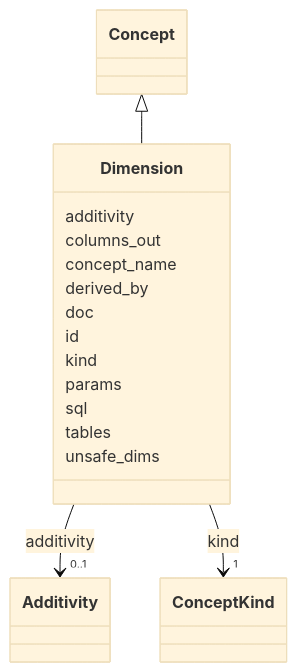
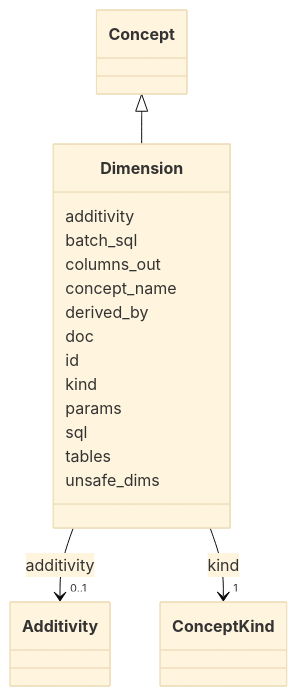
Before and after one commit to matthiasautrata/llm-policy-reasoning: the diagram in spikes/v3/v3a-prolog/linkml/docs/schema/Dimension.md, drawn with Mermaid (base theme). The commit also changed other lines of this file and 18 other files, not shown here.

Commit message:
v3a: set-form :batch_sql for reporting_chain; L2 statement +2089 -> +3 MB, bench 671 -> 241 MB, keys unchanged (PLAN-v3-memory)

````diff
--- a/spikes/v3/v3a-prolog/linkml/docs/schema/Dimension.md
+++ b/spikes/v3/v3a-prolog/linkml/docs/schema/Dimension.md
@@ -23,49 +23,51 @@
 ```mermaid
  classDiagram
     class Dimension
     click Dimension href "../Dimension/"
       Concept <|-- Dimension
         click Concept href "../Concept/"
       
       Dimension : additivity
         
           
     
         
         
         Dimension --> "0..1" Additivity : additivity
         click Additivity href "../Additivity/"
     
 
+        
+      Dimension : batch_sql
         
       Dimension : columns_out
         
       Dimension : concept_name
         
       Dimension : derived_by
         
       Dimension : doc
         
       Dimension : id
         
       Dimension : kind
         
           
     
         
         
         Dimension --> "1" ConceptKind : kind
         click ConceptKind href "../ConceptKind/"
     
 
         
       Dimension : params
         
       Dimension : sql
         
       Dimension : tables
         
       Dimension : unsafe_dims
         
       
 ```
````
